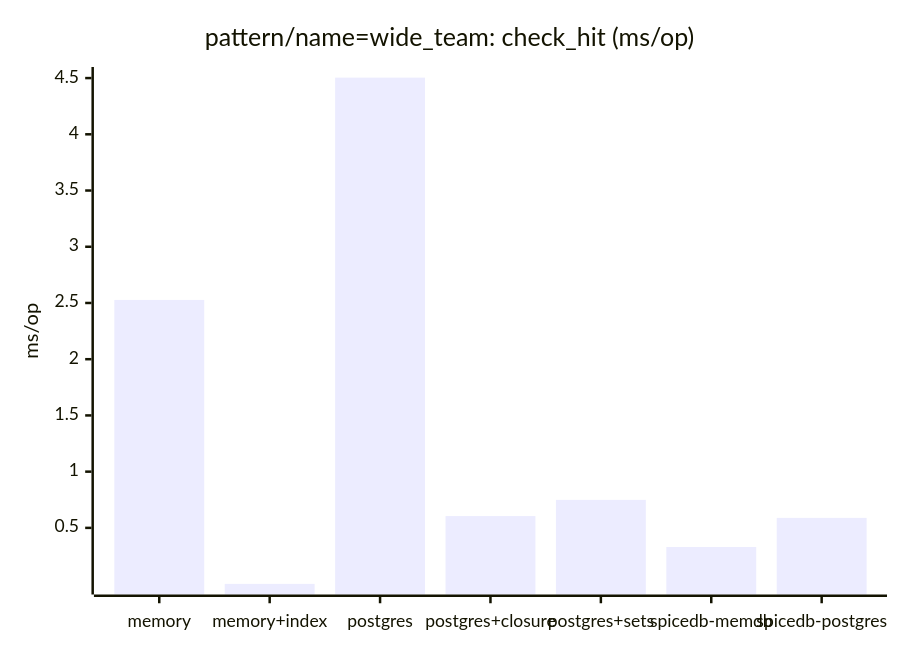
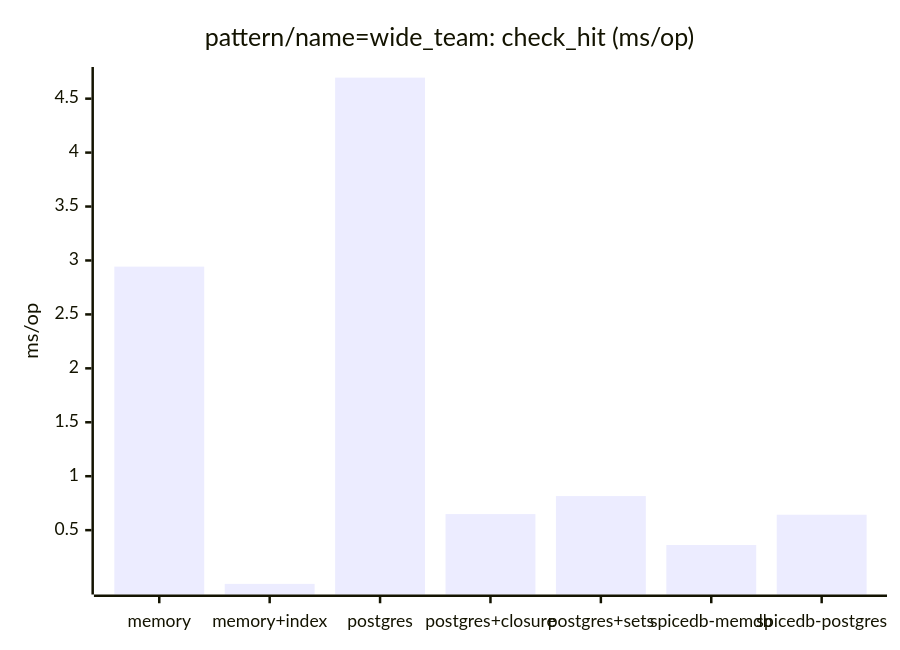
The first of 31 diagrams in compare/compare.md (matick-io/authz), drawn with Mermaid before and after one commit. The commit also changed other lines of this file and 2 other files, not shown here.

````diff
--- a/compare/compare.md
+++ b/compare/compare.md
@@ -39,7 +39,7 @@
 ```mermaid
 xychart-beta
     title "pattern/name=wide_team: check_hit (ms/op)"
     x-axis ["memory", "memory+index", "postgres", "postgres+closure", "postgres+sets", "spicedb-memdb", "spicedb-postgres"]
     y-axis "ms/op"
-    bar [2.527, 0.002, 4.504, 0.605, 0.749, 0.330, 0.589]
+    bar [2.943, 0.002, 4.695, 0.649, 0.816, 0.362, 0.643]
 ```
````
